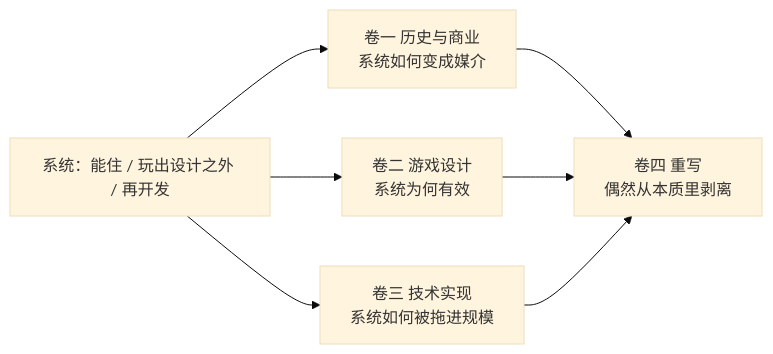
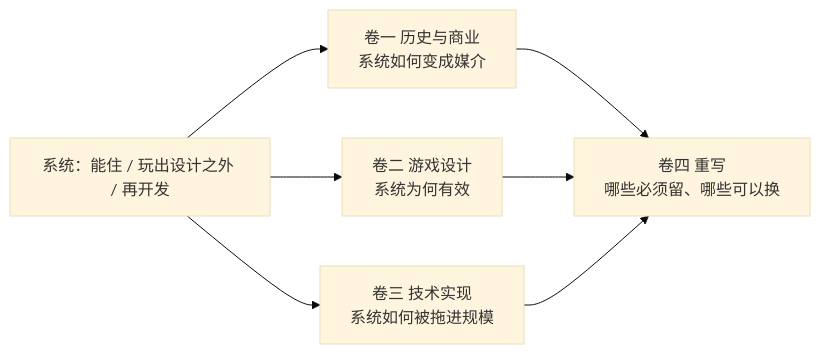
One commit to Dreamtowards/Thinking-In-Minecraft changed the diagram in docs/prelude/thesis.mdx. Above: the diagram before and after it, drawn with Mermaid (base theme). The commit also changed other lines of this file, not shown here.

````diff
--- a/docs/prelude/thesis.mdx
+++ b/docs/prelude/thesis.mdx
@@ -50,15 +50,15 @@
 ```mermaid
 flowchart LR
   sys["系统：能住 / 玩出设计之外 / 再开发"]
   v1["卷一 历史与商业<br/>系统如何变成媒介"]
   v2["卷二 游戏设计<br/>系统为何有效"]
   v3["卷三 技术实现<br/>系统如何被拖进规模"]
-  v4["卷四 重写<br/>偶然从本质里剥离"]
+  v4["卷四 重写<br/>哪些必须留、哪些可以换"]
 
   sys --> v1
   sys --> v2
   sys --> v3
   v1 --> v4
   v2 --> v4
   v3 --> v4
 ```
````
